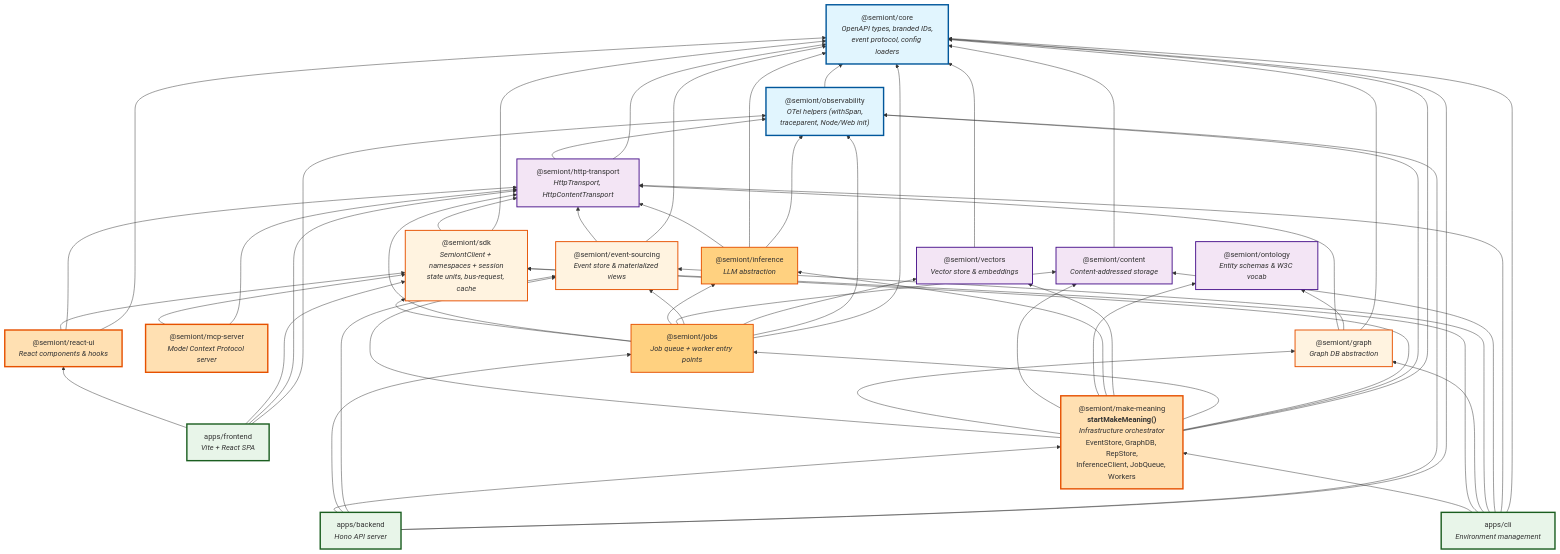
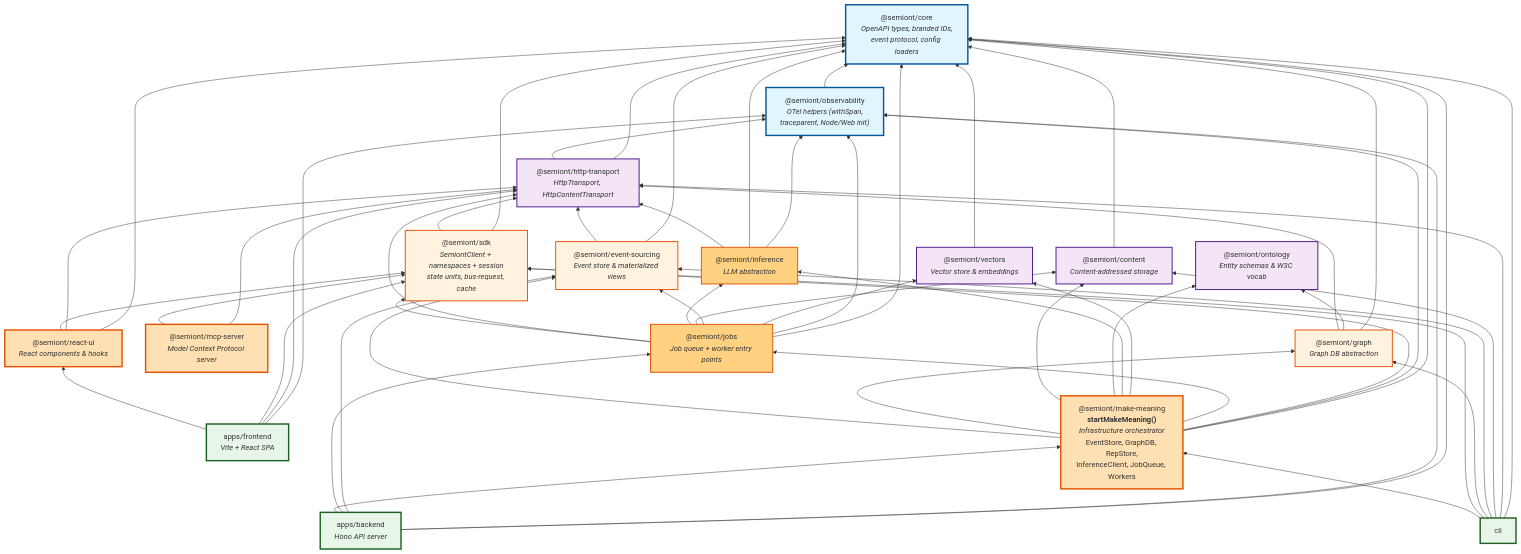
The diagram in docs/system/PACKAGE-ARCHITECTURE.md (The-AI-Alliance/semiont), drawn with Mermaid before and after one commit. The commit also changed other lines of this file and 14 other files, not shown here.

```diff
--- a/docs/system/PACKAGE-ARCHITECTURE.md
+++ b/docs/system/PACKAGE-ARCHITECTURE.md
@@ -11,7 +11,6 @@
     %% Layer 5: Application Consumers
     backend["apps/backend<br/><i>Hono API server</i>"]
     frontend["apps/frontend<br/><i>Vite + React SPA</i>"]
-    cli["apps/cli<br/><i>Environment management</i>"]
 
     %% Layer 4: Application Logic
     meaning["@semiont/make-meaning<br/><b>startMakeMeaning()</b><br/><i>Infrastructure orchestrator</i><br/>EventStore, GraphDB, RepStore,<br/>InferenceClient, JobQueue, Workers"]
```
